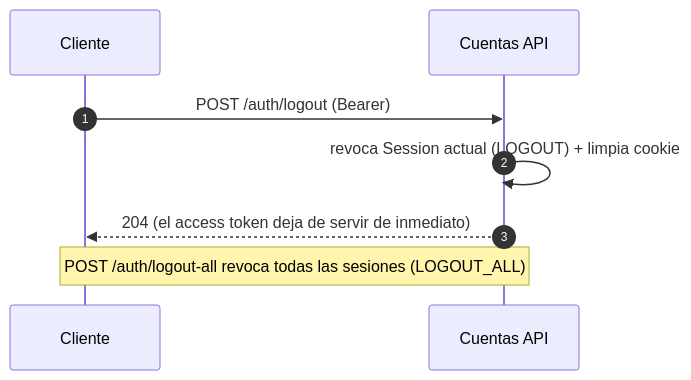
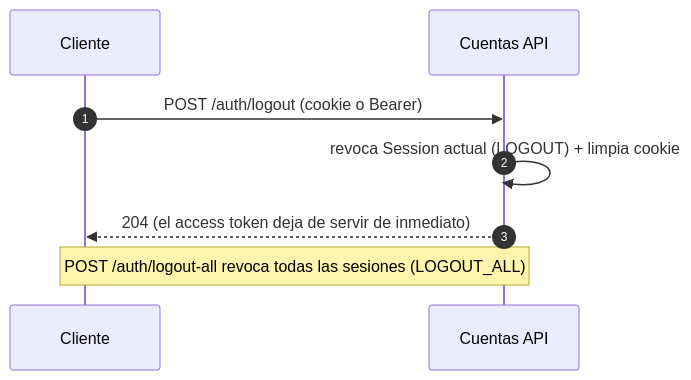
One commit to hespinoza-ecint/cuentas-api changed the fifth of 11 diagrams in docs/documentacion-tecnica-backend.md. Above: the diagram before and after it, drawn with Mermaid. The commit also changed other lines of this file and 19 other files, not shown here.

````diff
--- a/docs/documentacion-tecnica-backend.md
+++ b/docs/documentacion-tecnica-backend.md
@@ -1427,10 +1431,10 @@
 ```mermaid
 sequenceDiagram
     autonumber
     participant C as Cliente
     participant API as Cuentas API
-    C->>API: POST /auth/logout (Bearer)
+    C->>API: POST /auth/logout (cookie o Bearer)
     API->>API: revoca Session actual (LOGOUT) + limpia cookie
     API-->>C: 204 (el access token deja de servir de inmediato)
     Note over C,API: POST /auth/logout-all revoca todas las sesiones (LOGOUT_ALL)
 ```
````
